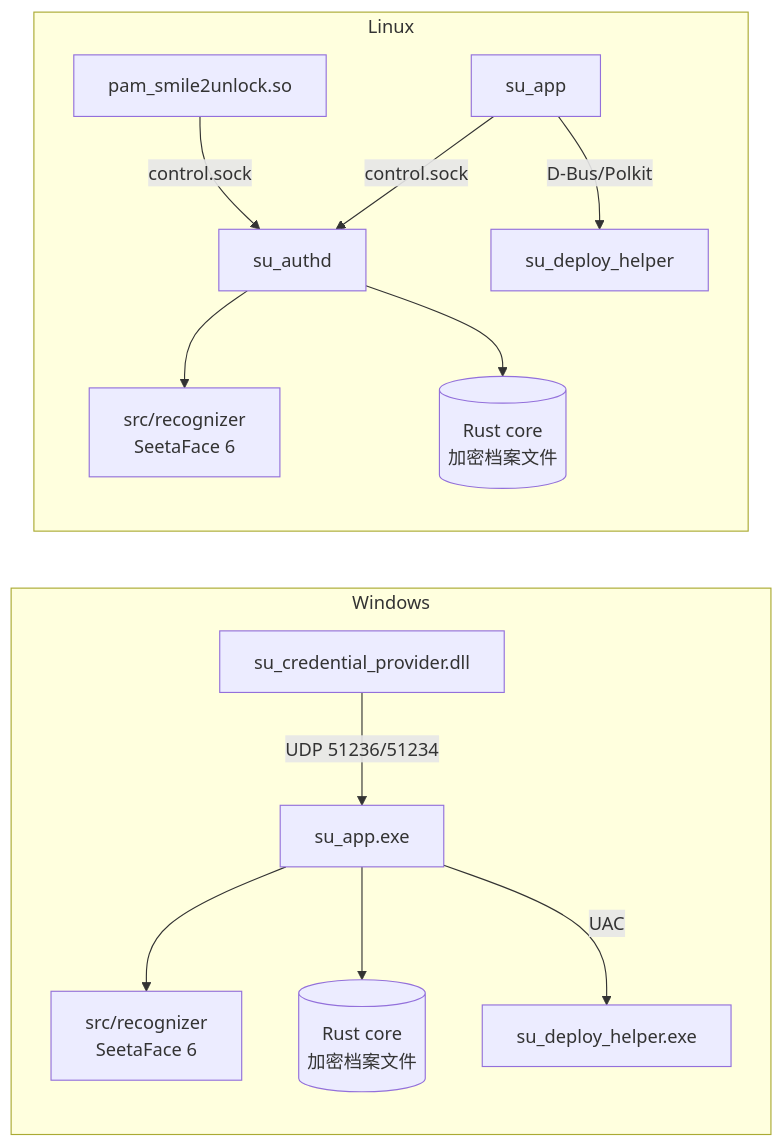
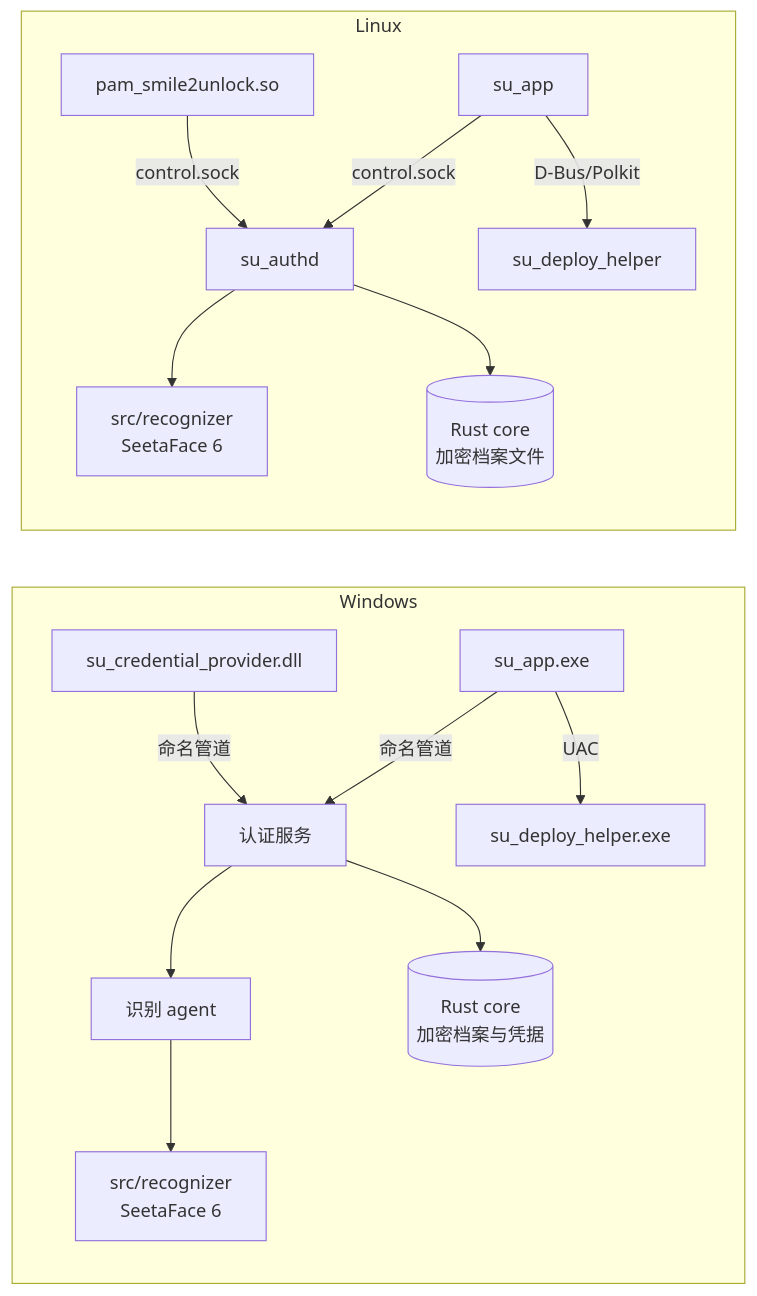
The diagram in README_zh.md (Smile2Unlock/Smile2Unlock_v2), drawn with Mermaid before and after one commit. The commit also changed other lines of this file and 9 other files, not shown here.

````diff
--- a/README_zh.md
+++ b/README_zh.md
@@ -96,16 +101,18 @@
 ```mermaid
 flowchart LR
     subgraph Windows
-        CP[su_credential_provider.dll] -- UDP 51236/51234 --> APP[su_app.exe]
-        APP --> REC[src/recognizer<br/>SeetaFace 6]
-        APP --> CORE[(Rust core<br/>加密档案文件)]
-        APP -- UAC --> HELPER[su_deploy_helper.exe]
+        CP[su_credential_provider.dll] -- 命名管道 --> SERVICE[认证服务]
+        GUIW[su_app.exe] -- 命名管道 --> SERVICE
+        SERVICE --> AGENT[识别 agent]
+        AGENT --> REC[src/recognizer<br/>SeetaFace 6]
+        SERVICE --> CORE[(Rust core<br/>加密档案与凭据)]
+        GUIW -- UAC --> HELPER[su_deploy_helper.exe]
     end
     subgraph Linux
         PAM[pam_smile2unlock.so] -- control.sock --> AUTHD[su_authd]
         AUTHD --> REC2[src/recognizer<br/>SeetaFace 6]
         AUTHD --> CORE2[(Rust core<br/>加密档案文件)]
         GUI[su_app] -- control.sock --> AUTHD
         GUI -- D-Bus/Polkit --> HELPER2[su_deploy_helper]
     end
 ```
````
